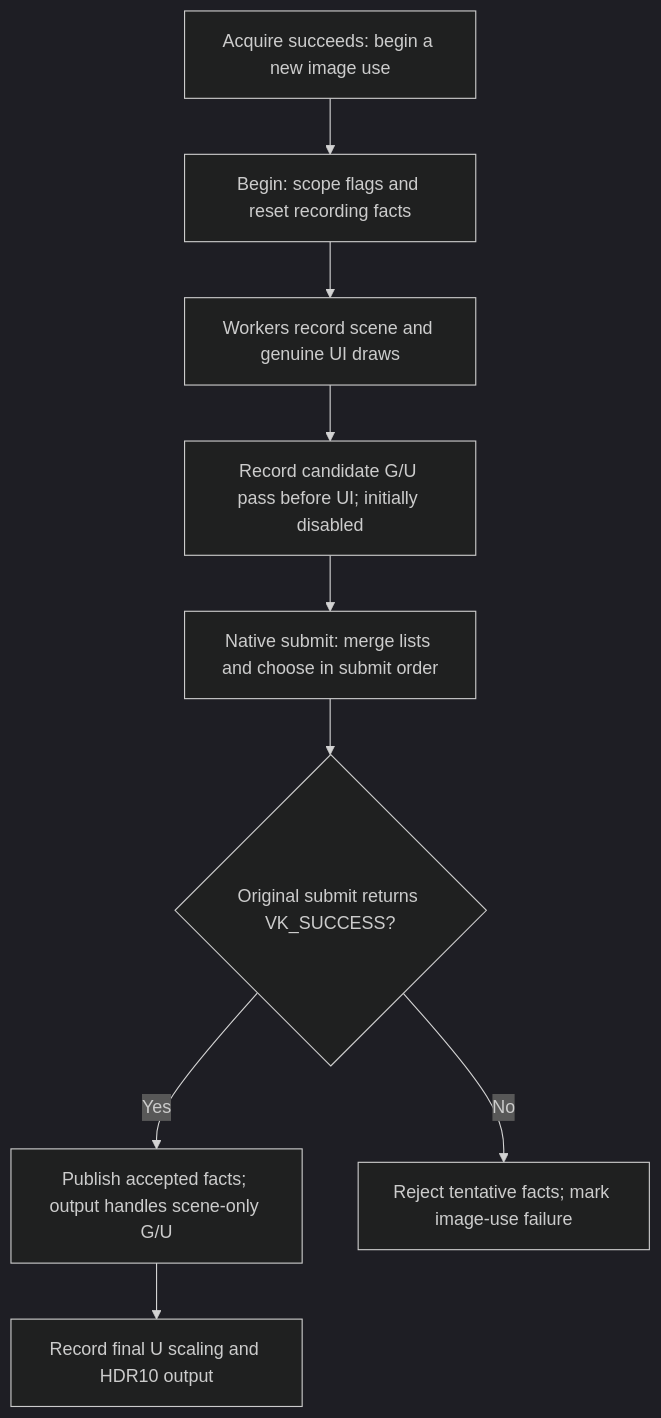
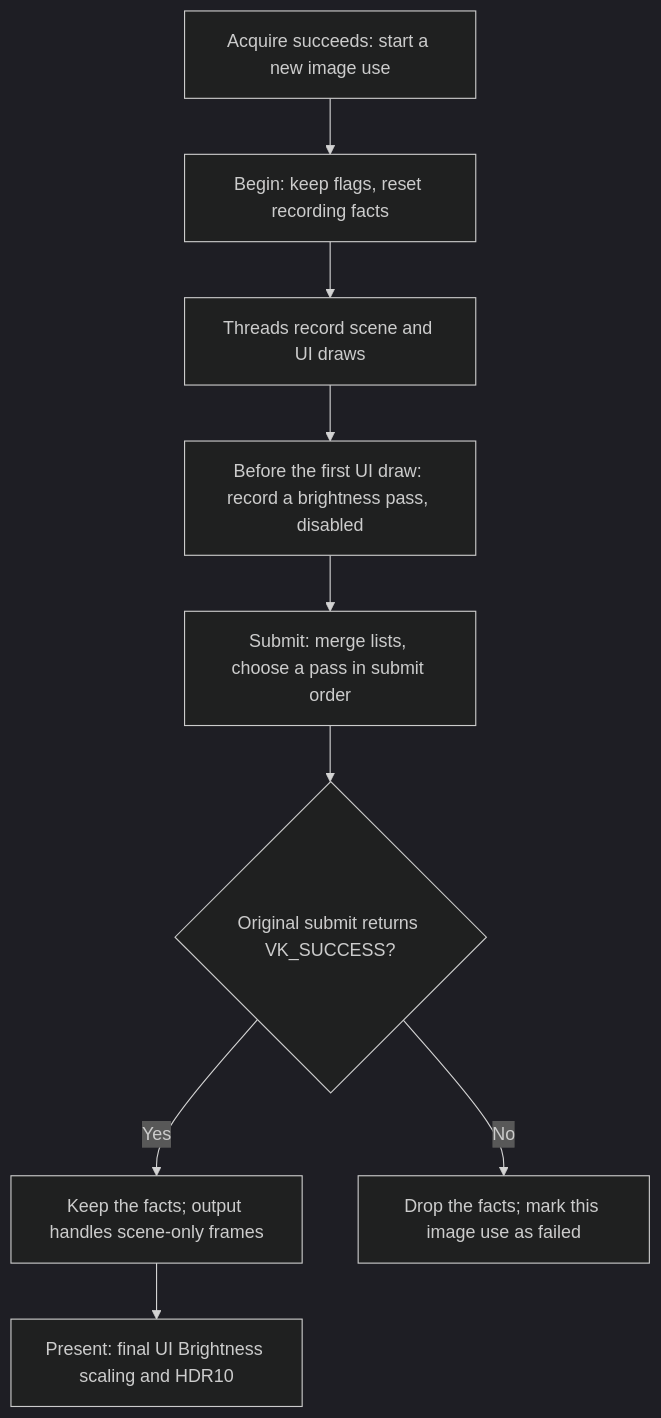
Before and after one commit to clshortfuse/renodx: the second of 3 diagrams in src/games/rdr2vk/ARCHITECTURE.md, drawn with Mermaid (dark theme). The commit also changed other lines of this file and 10 other files, not shown here.

````diff
--- a/src/games/rdr2vk/ARCHITECTURE.md
+++ b/src/games/rdr2vk/ARCHITECTURE.md
@@ -72,11 +56,11 @@
 ```mermaid
 flowchart TD
-    A["Acquire succeeds: begin a new image use"] --> B["Begin: scope flags and reset recording facts"]
-    B --> C["Workers record scene and genuine UI draws"]
-    C --> D["Record candidate G/U pass before UI; initially disabled"]
-    D --> E["Native submit: merge lists and choose in submit order"]
+    A["Acquire succeeds: start a new image use"] --> B["Begin: keep flags, reset recording facts"]
+    B --> C["Threads record scene and UI draws"]
+    C --> D["Before the first UI draw: record a brightness pass, disabled"]
+    D --> E["Submit: merge lists, choose a pass in submit order"]
     E --> F{"Original submit returns VK_SUCCESS?"}
-    F -->|Yes| G["Publish accepted facts; output handles scene-only G/U"]
-    F -->|No| X["Reject tentative facts; mark image-use failure"]
-    G --> I["Record final U scaling and HDR10 output"]
+    F -->|Yes| G["Keep the facts; output handles scene-only frames"]
+    F -->|No| X["Drop the facts; mark this image use as failed"]
+    G --> I["Present: final UI Brightness scaling and HDR10"]
 ```
````
